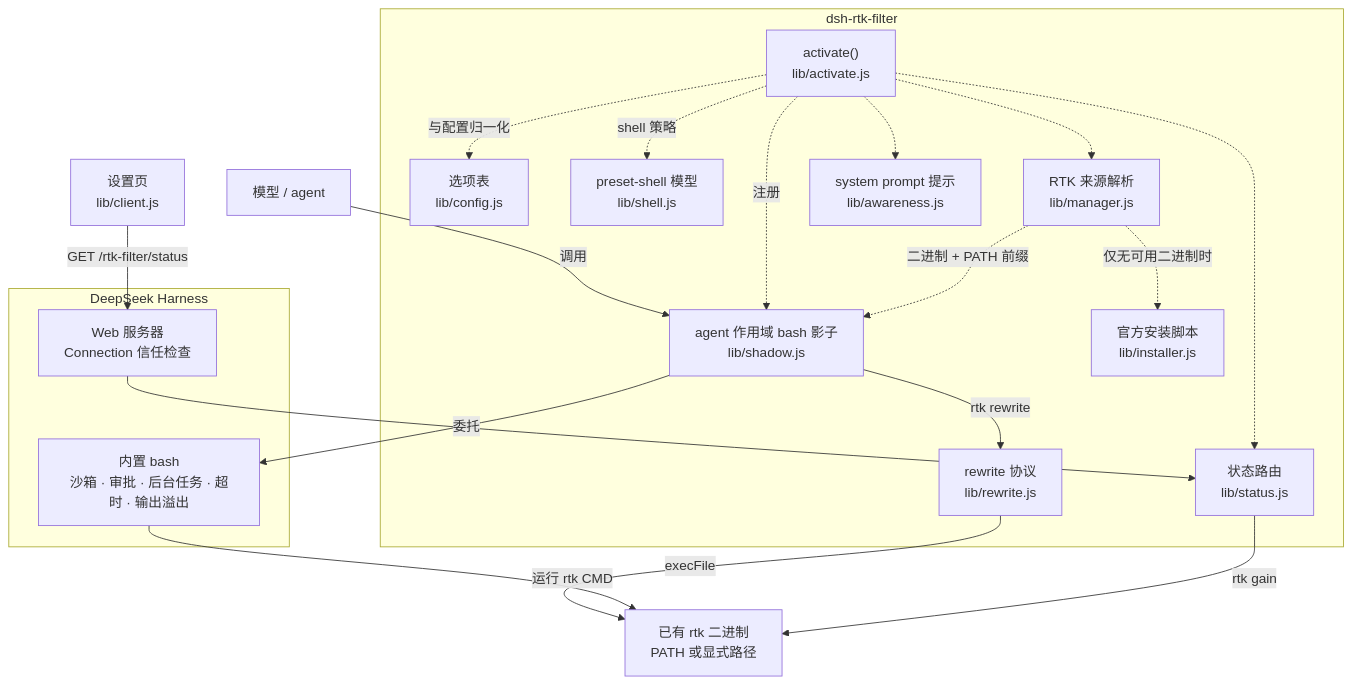
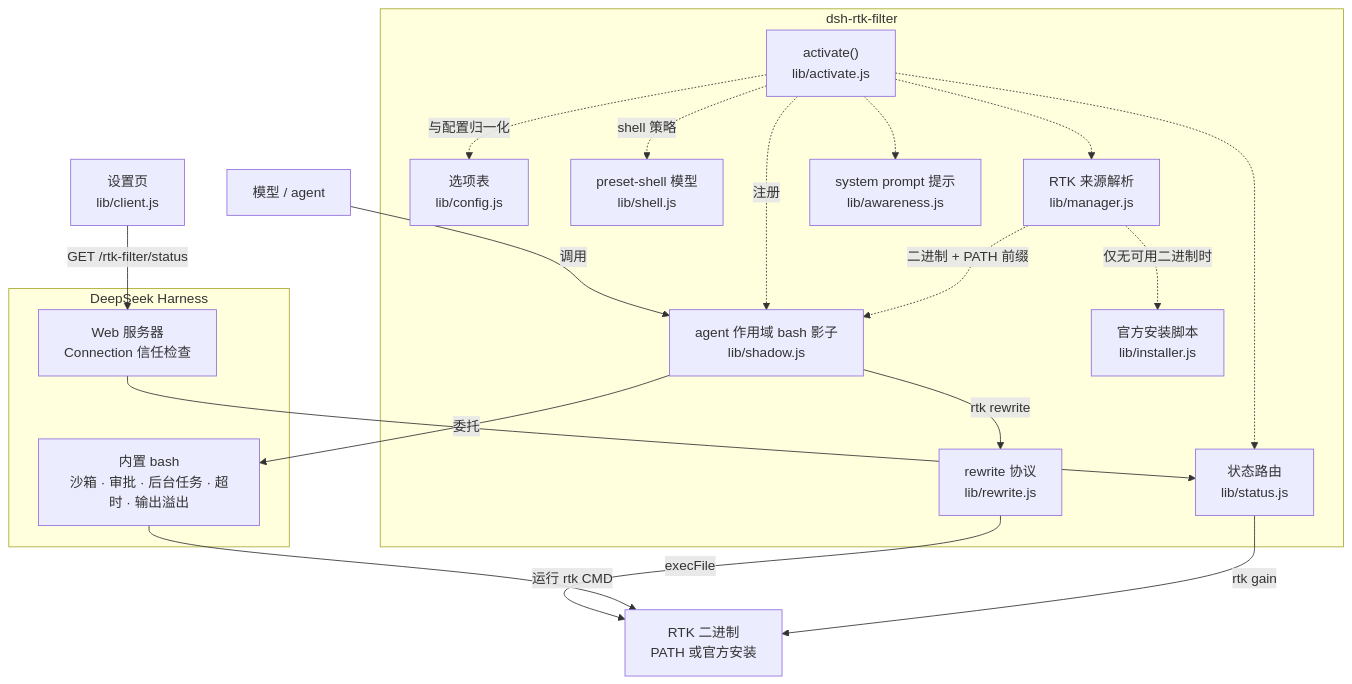
Before and after one commit to okamitimo233/dsh-rtk-filter: the diagram in README_zh.md, drawn with Mermaid. The commit also changed other lines of this file and 16 other files, not shown here.

Commit message:
refactor: simplify RTK acquisition to PATH or official install

````diff
--- a/README_zh.md
+++ b/README_zh.md
@@ -47,39 +47,39 @@
 ```mermaid
 flowchart TB
     Model["模型 / agent"]
 
     subgraph Plugin["dsh-rtk-filter"]
         Activate["activate()<br/>lib/activate.js"]
         Config["选项表<br/>lib/config.js"]
         Shell["preset-shell 模型<br/>lib/shell.js"]
         Shadow["agent 作用域 bash 影子<br/>lib/shadow.js"]
         Rewrite["rewrite 协议<br/>lib/rewrite.js"]
         Manager["RTK 来源解析<br/>lib/manager.js"]
         Installer["官方安装脚本<br/>lib/installer.js"]
         Prompt["system prompt 提示<br/>lib/awareness.js"]
         Status["状态路由<br/>lib/status.js"]
     end
 
     subgraph Host["DeepSeek Harness"]
         Base["内置 bash<br/>沙箱 · 审批 · 后台任务 · 超时 · 输出溢出"]
         Web["Web 服务器<br/>Connection 信任检查"]
     end
 
-    RTK["已有 rtk 二进制<br/>PATH 或显式路径"]
+    RTK["RTK 二进制<br/>PATH 或官方安装"]
     Browser["设置页<br/>lib/client.js"]
 
     Model -->|"调用"| Shadow
     Shadow -->|"rtk rewrite"| Rewrite -->|"execFile"| RTK
     Shadow -->|"委托"| Base -->|"运行 rtk CMD"| RTK
 
     Activate -.->|"注册"| Shadow
     Activate -.->|"shell 策略"| Shell
     Activate -.->|"与配置归一化"| Config
     Activate -.-> Prompt
     Activate -.-> Manager
     Activate -.-> Status
     Manager -.->|"二进制 + PATH 前缀"| Shadow
     Manager -.->|"仅无可用二进制时"| Installer
 
     Browser -->|"GET /rtk-filter/status"| Web --> Status -->|"rtk gain"| RTK
 ```
````
